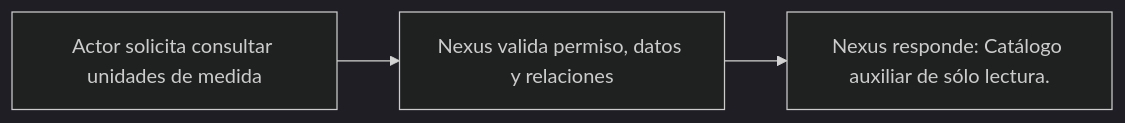
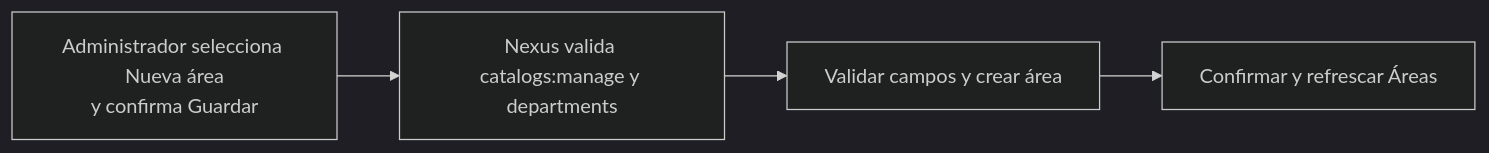
One commit to gpgsistemas01/nexus changed the diagram in docs/requirements/diagrams/catalogs/cu-cat-28.md. Above: the diagram before and after it, drawn with Mermaid (dark theme). The commit also changed other lines of this file and 126 other files, not shown here.

````diff
--- a/docs/requirements/diagrams/catalogs/cu-cat-28.md
+++ b/docs/requirements/diagrams/catalogs/cu-cat-28.md
@@ -3,5 +3,6 @@
 ```mermaid
 flowchart LR
-    request["Actor solicita consultar unidades de medida"] --> validate["Nexus valida permiso, datos y relaciones"]
-    validate --> result["Nexus responde: Catálogo auxiliar de sólo lectura."]
+    request["Administrador selecciona Nueva área<br/>y confirma Guardar"] --> authorize["Nexus valida catalogs:manage y departments"]
+    authorize --> persist["Validar campos y crear área"]
+    persist --> result["Confirmar y refrescar Áreas"]
 ```
````
